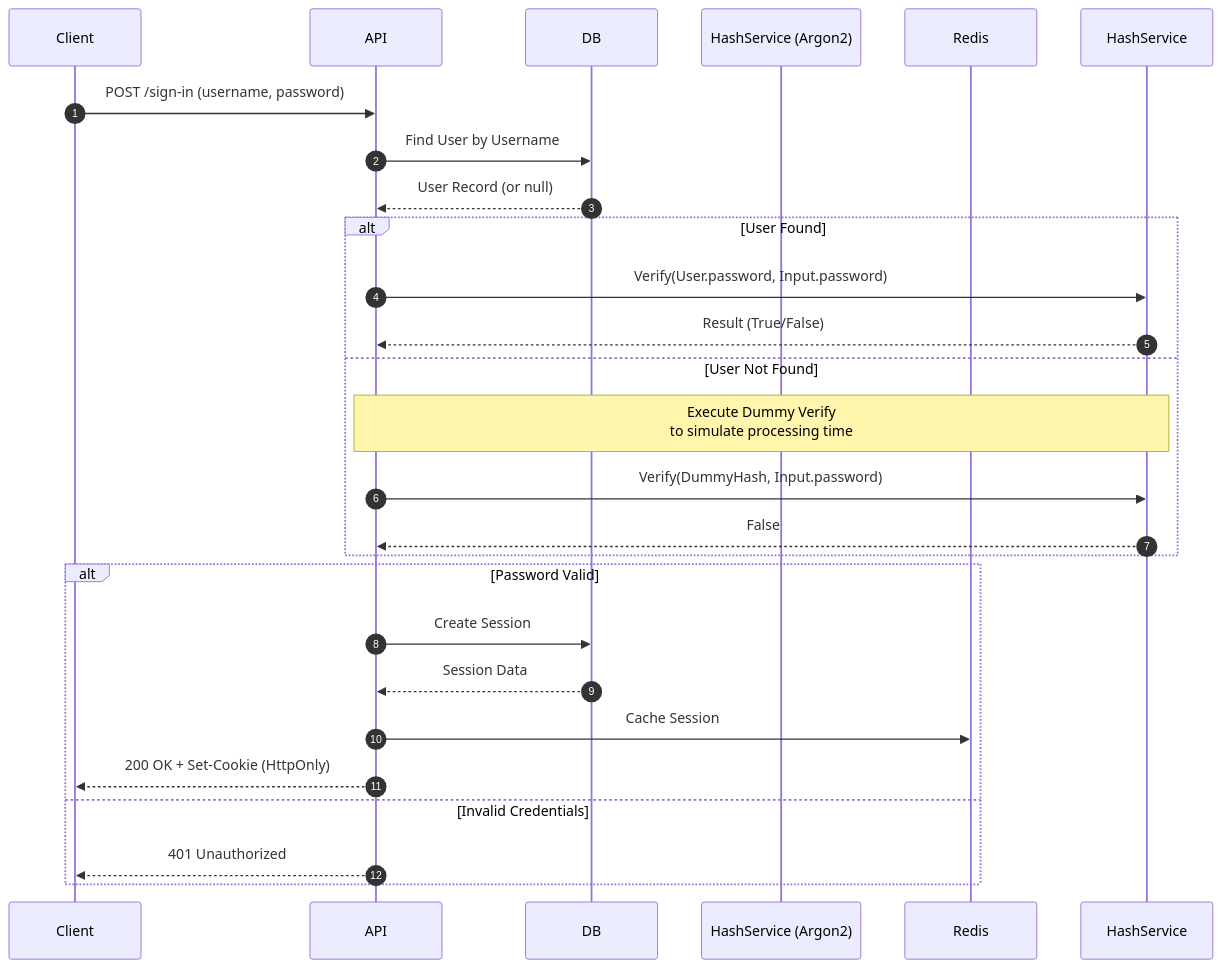
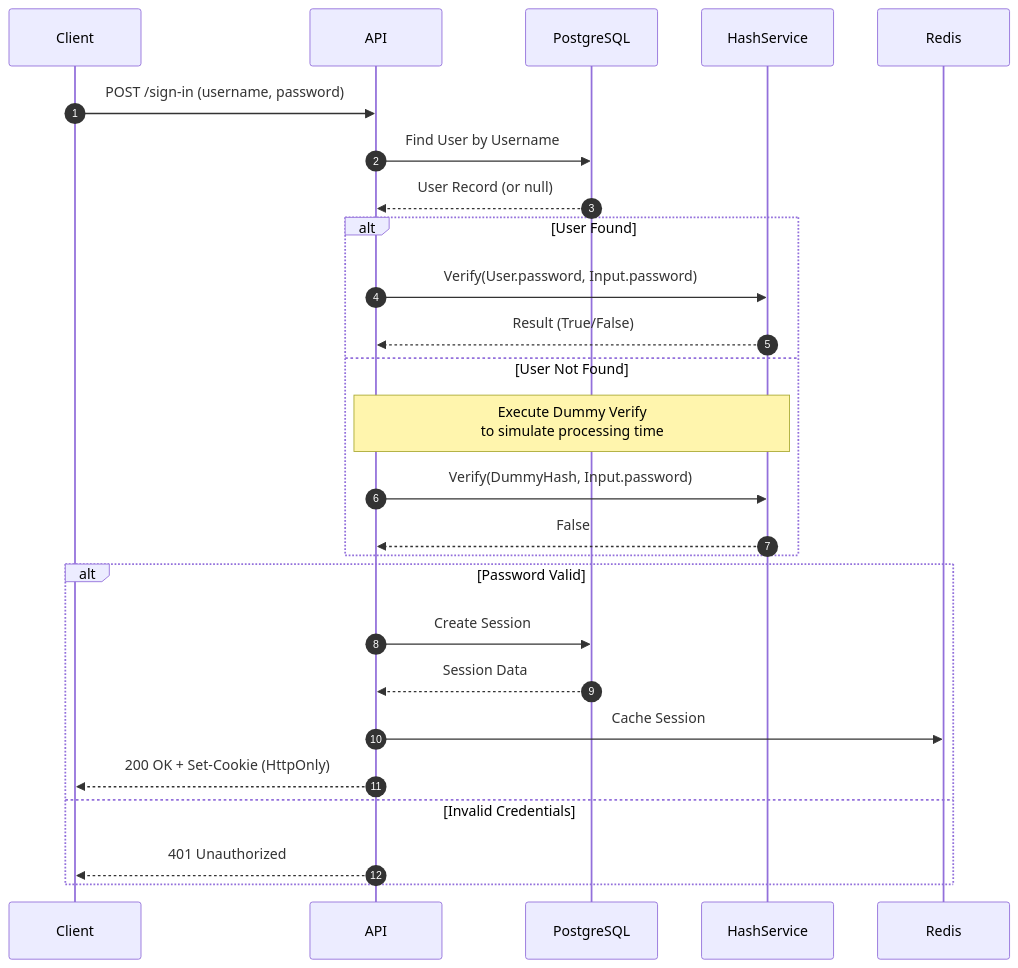
The first of 3 diagrams in README.md (pedroheing/cookie-auth), drawn with Mermaid before and after one commit.

````diff
--- a/README.md
+++ b/README.md
@@ -55,32 +55,32 @@
 ```mermaid
 sequenceDiagram
   autonumber
   participant Client
   participant API
-  participant DB
-  participant HashService (Argon2)
+  participant DB as PostgreSQL
+  participant HashService
   participant Redis
 
   Client->>API: POST /sign-in (username, password)
 
   API->>DB: Find User by Username
   DB-->>API: User Record (or null)
 
   alt User Found
       API->>HashService: Verify(User.password, Input.password)
       HashService-->>API: Result (True/False)
   else User Not Found
       Note over API, HashService: Execute Dummy Verify<br/>to simulate processing time
       API->>HashService: Verify(DummyHash, Input.password)
       HashService-->>API: False
   end
 
   alt Password Valid
       API->>DB: Create Session
       DB-->>API: Session Data
       API->>Redis: Cache Session
       API-->>Client: 200 OK + Set-Cookie (HttpOnly)
   else Invalid Credentials
       API-->>Client: 401 Unauthorized
   end
 ```
````
